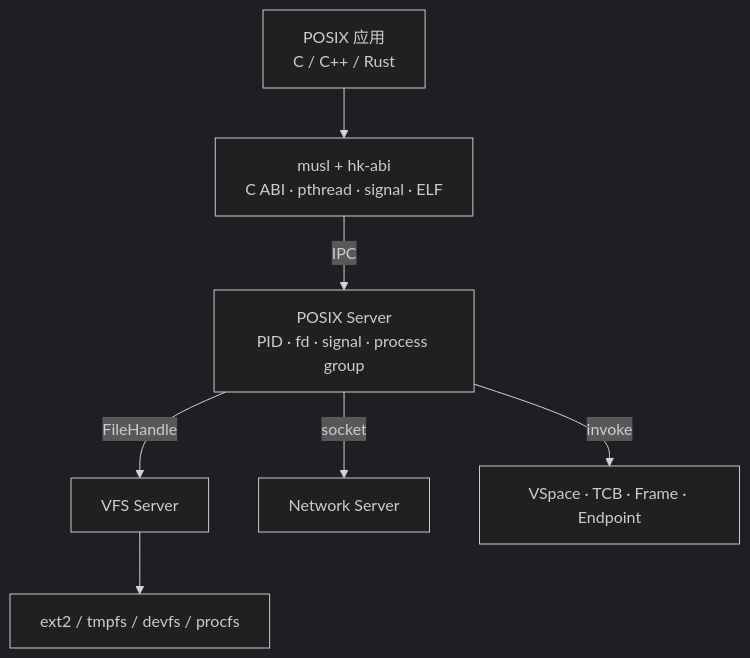
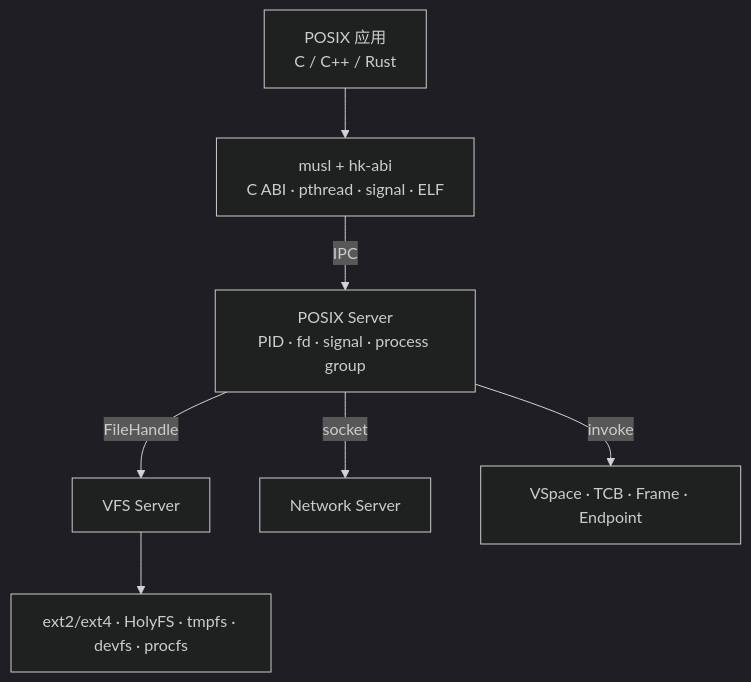
The first of 3 diagrams in docs/posix.md (hongweifei/HolyKernel), drawn with Mermaid (dark theme) before and after one commit. The commit also changed other lines of this file and 10 other files, not shown here.

First line of the commit message:
docs: integrate HolyFS across VFS, POSIX and boot

````diff
--- a/docs/posix.md
+++ b/docs/posix.md
@@ -46,9 +46,9 @@
 ```mermaid
 flowchart TB
     App["POSIX 应用<br/>C / C++ / Rust"] --> Libc["musl + hk-abi<br/>C ABI · pthread · signal · ELF"]
     Libc -->|IPC| POSIX["POSIX Server<br/>PID · fd · signal · process group"]
     POSIX -->|FileHandle| VFS["VFS Server"]
     POSIX -->|socket| Net["Network Server"]
     POSIX -->|invoke| Kernel["VSpace · TCB · Frame · Endpoint"]
-    VFS --> FS["ext2 / tmpfs / devfs / procfs"]
+    VFS --> FS["ext2/ext4 · HolyFS · tmpfs · devfs · procfs"]
 ```
````
